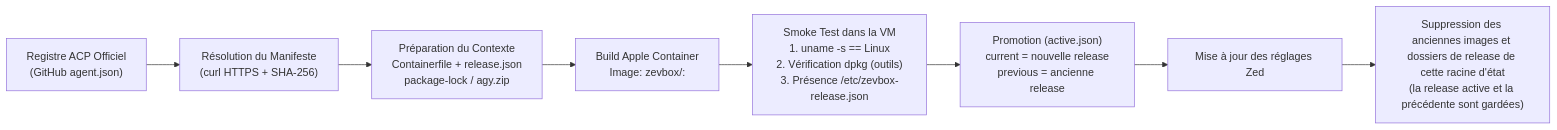
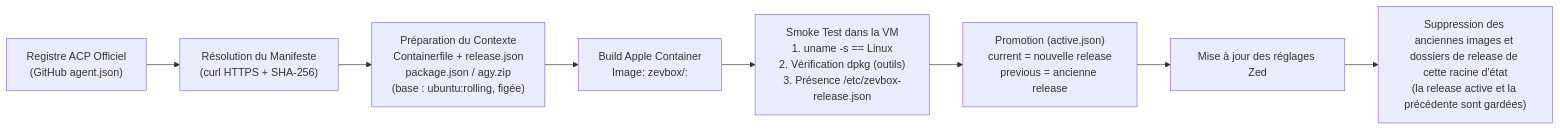
One commit to brainztorm/zevbox changed the sixth of 8 diagrams in docs/fr/ARCHITECTURE.md. Above: the diagram before and after it, drawn with Mermaid. The commit also changed other lines of this file and 12 other files, not shown here.

Commit message:
images: current Ubuntu base (ubuntu:rolling pinned at each update) with Node, Python and build tools

````diff
--- a/docs/fr/ARCHITECTURE.md
+++ b/docs/fr/ARCHITECTURE.md
@@ -235,10 +235,10 @@
 ```mermaid
 flowchart LR
     Registry["Registre ACP Officiel\n(GitHub agent.json)"] --> Fetch["Résolution du Manifeste\n(curl HTTPS + SHA-256)"]
-    Fetch --> Prepare["Préparation du Contexte\nContainerfile + release.json\npackage-lock / agy.zip"]
+    Fetch --> Prepare["Préparation du Contexte\nContainerfile + release.json\npackage.json / agy.zip\n(base : ubuntu:rolling, figée)"]
     Prepare --> Build["Build Apple Container\nImage: zevbox/<agent>:<id>"]
     Build --> Smoke["Smoke Test dans la VM\n1. uname -s == Linux\n2. Vérification dpkg (outils)\n3. Présence /etc/zevbox-release.json"]
     Smoke --> Promote["Promotion (active.json)\ncurrent = nouvelle release\nprevious = ancienne release"]
     Promote --> ZedSync["Mise à jour des réglages Zed"]
     ZedSync --> Prune["Suppression des anciennes images et dossiers de release de cette racine d'état\n(la release active et la précédente sont gardées)"]
 ```
````
